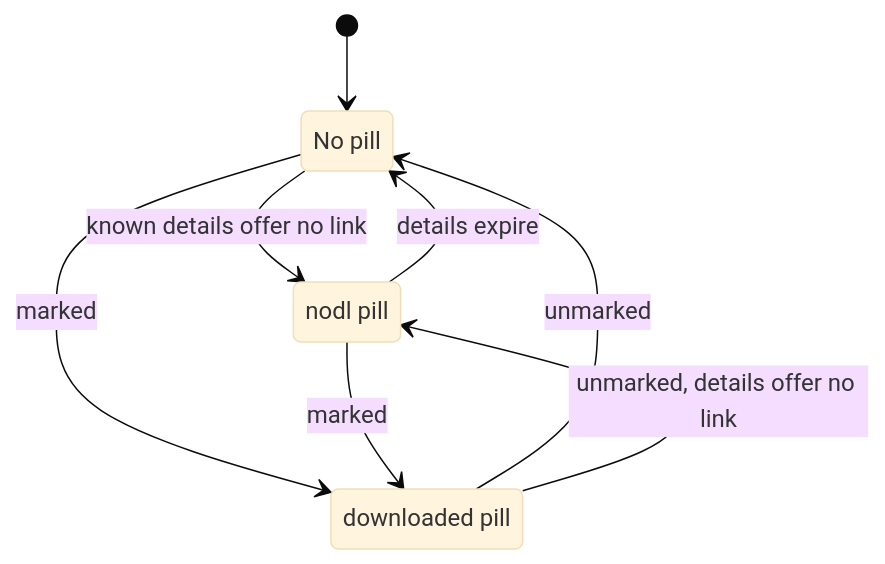
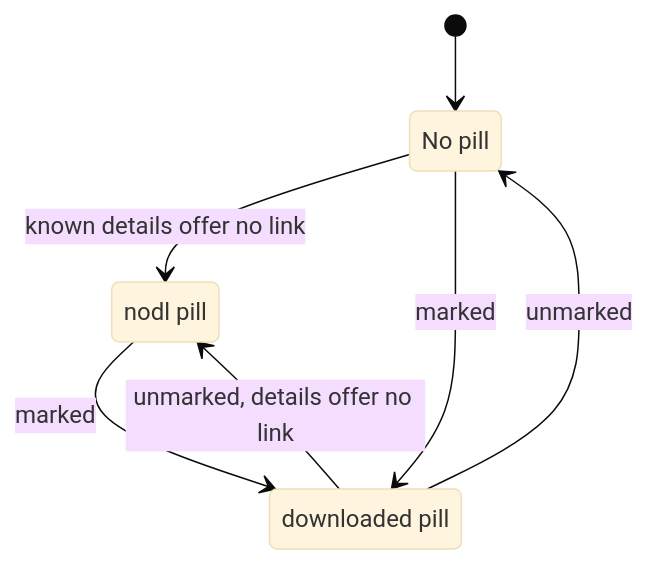
Before and after one commit to cutenode/localnetwork: the third of 11 diagrams in apps/localtoolbox/docs/diagrams/content-script.md, drawn with Mermaid (base theme). The commit also changed other lines of this file and 65 other files, not shown here.

````diff
--- a/apps/localtoolbox/docs/diagrams/content-script.md
+++ b/apps/localtoolbox/docs/diagrams/content-script.md
@@ -83,13 +87,12 @@
 ```mermaid
 stateDiagram-v2
   state "No pill" as None
   state "nodl pill" as Nodl
   state "downloaded pill" as Downloaded
   [*] --> None
   None --> Nodl: known details offer no link
   None --> Downloaded: marked
   Nodl --> Downloaded: marked
-  Nodl --> None: details expire
   Downloaded --> None: unmarked
   Downloaded --> Nodl: unmarked, details offer no link
 ```
````
